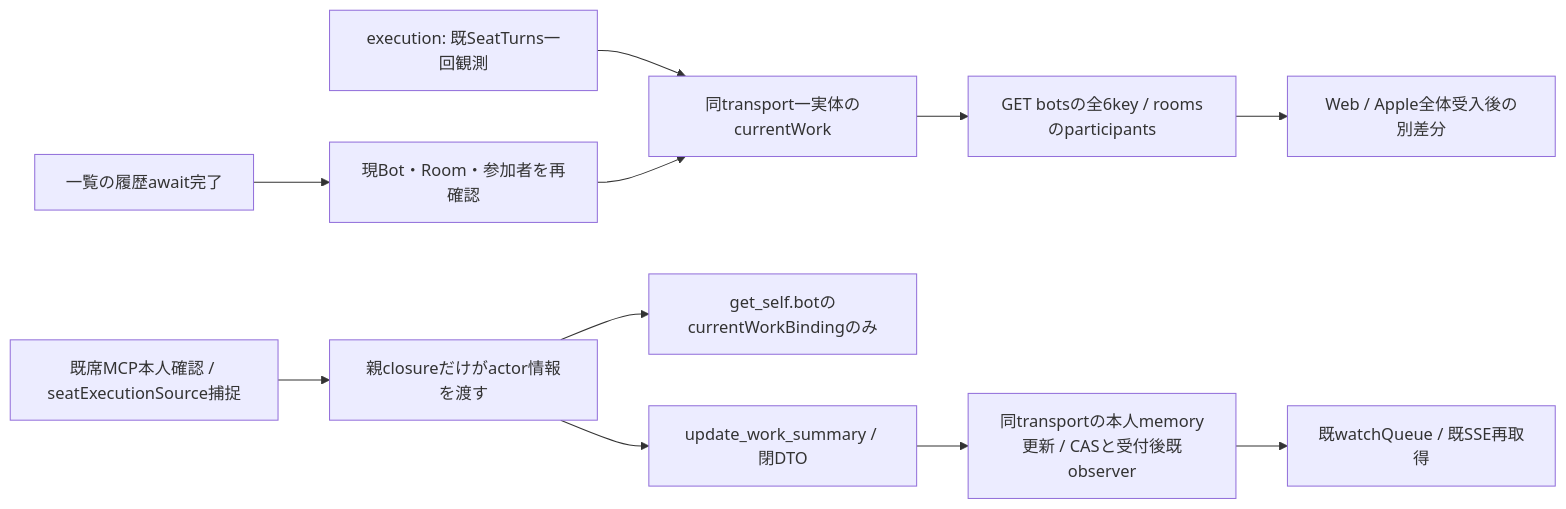
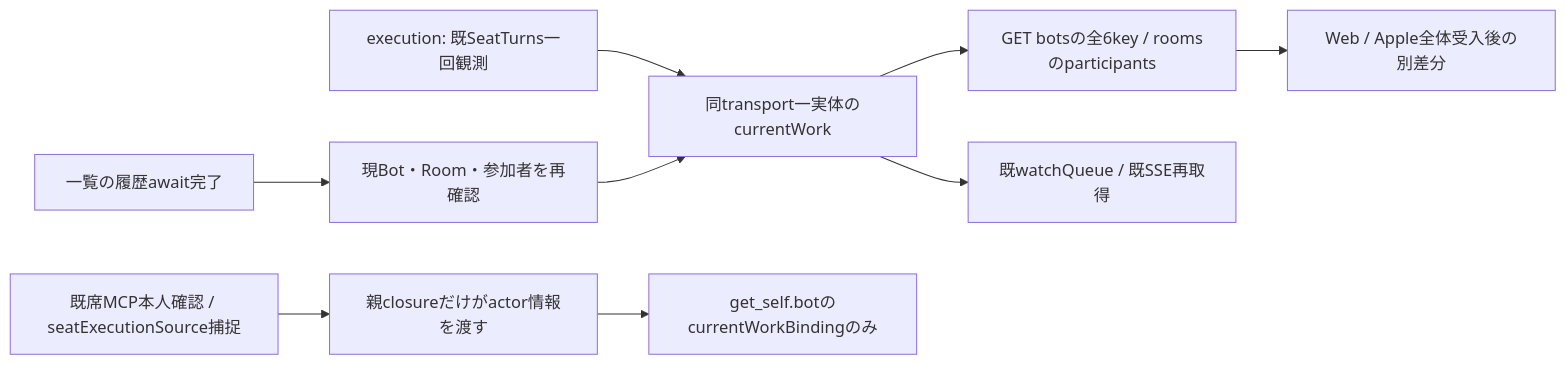
Diagram 19 of 37 in docs/architecture/modules/integration/README.md (kitepon/BellTeam), drawn with Mermaid before and after one commit. The commit also changed other lines of this file and 6 other files, not shown here.

Commit message:
Remove main-agent work summary obligation and MCP writer

````diff
--- a/docs/architecture/modules/integration/README.md
+++ b/docs/architecture/modules/integration/README.md
@@ -397,13 +397,11 @@
 ```mermaid
 flowchart LR
   Observer[execution: 既SeatTurns一回観測] --> Provider[同transport一実体のcurrentWork]
   History[一覧の履歴await完了] --> Current[現Bot・Room・参加者を再確認]
   Current --> Provider
   Provider --> Lists[GET botsの全6key / roomsのparticipants]
   Ingress[既席MCP本人確認 / seatExecutionSource捕捉] --> Closure[親closureだけがactor情報を渡す]
   Closure --> Binding[get_self.botのcurrentWorkBindingのみ]
-  Closure --> Update[update_work_summary / 閉DTO]
-  Update --> Writer[同transportの本人memory更新 / CASと受付後既observer]
-  Writer --> Events[既watchQueue / 既SSE再取得]
+  Provider --> Events[既watchQueue / 既SSE再取得]
   Lists --> UI[Web / Apple全体受入後の別差分]
 ```
````
